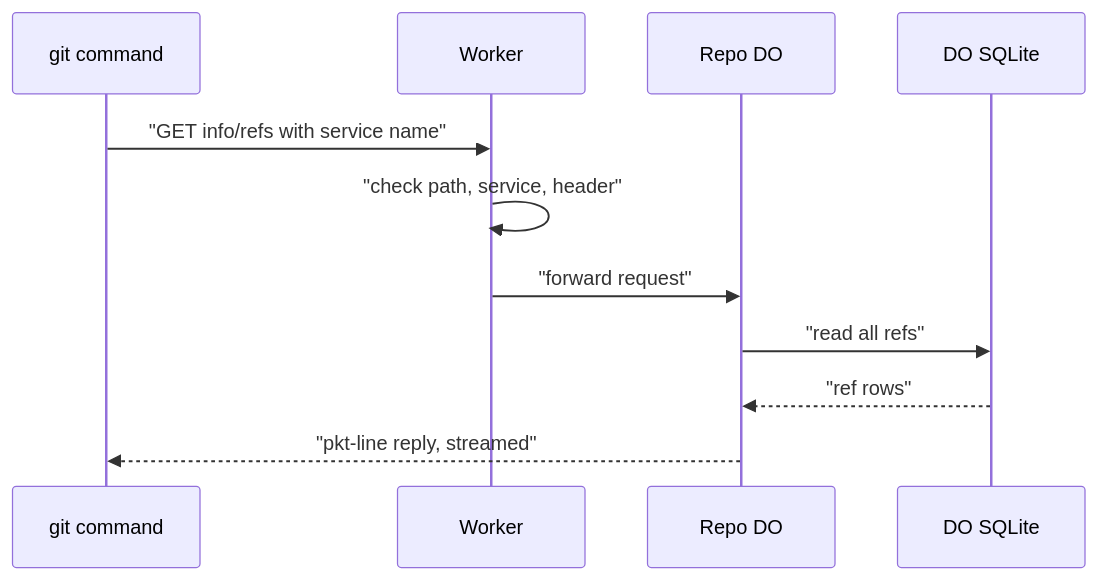
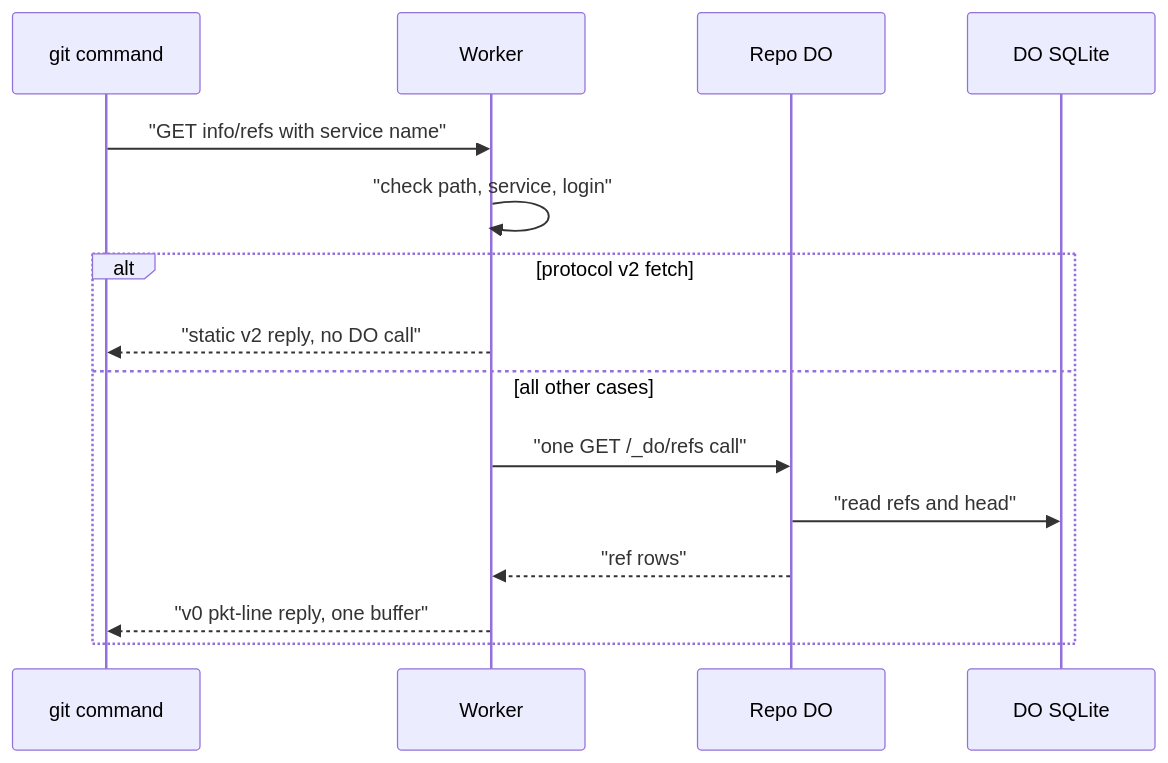
Before and after one commit to idl3/git-edge: the diagram in plain/info-refs-endpoint.md, drawn with Mermaid. The commit also changed other lines of this file and 65 other files, not shown here.

````diff
--- a/plain/info-refs-endpoint.md
+++ b/plain/info-refs-endpoint.md
@@ -25,13 +28,17 @@
 ```mermaid
 sequenceDiagram
     participant G as git command
     participant W as Worker
     participant D as Repo DO
     participant S as DO SQLite
     G->>W: "GET info/refs with service name"
-    W->>W: "check path, service, header"
-    W->>D: "forward request"
-    D->>S: "read all refs"
-    S-->>D: "ref rows"
-    D-->>G: "pkt-line reply, streamed"
+    W->>W: "check path, service, login"
+    alt protocol v2 fetch
+        W-->>G: "static v2 reply, no DO call"
+    else all other cases
+        W->>D: "one GET /_do/refs call"
+        D->>S: "read refs and head"
+        D-->>W: "ref rows"
+        W-->>G: "v0 pkt-line reply, one buffer"
+    end
 ```
````
